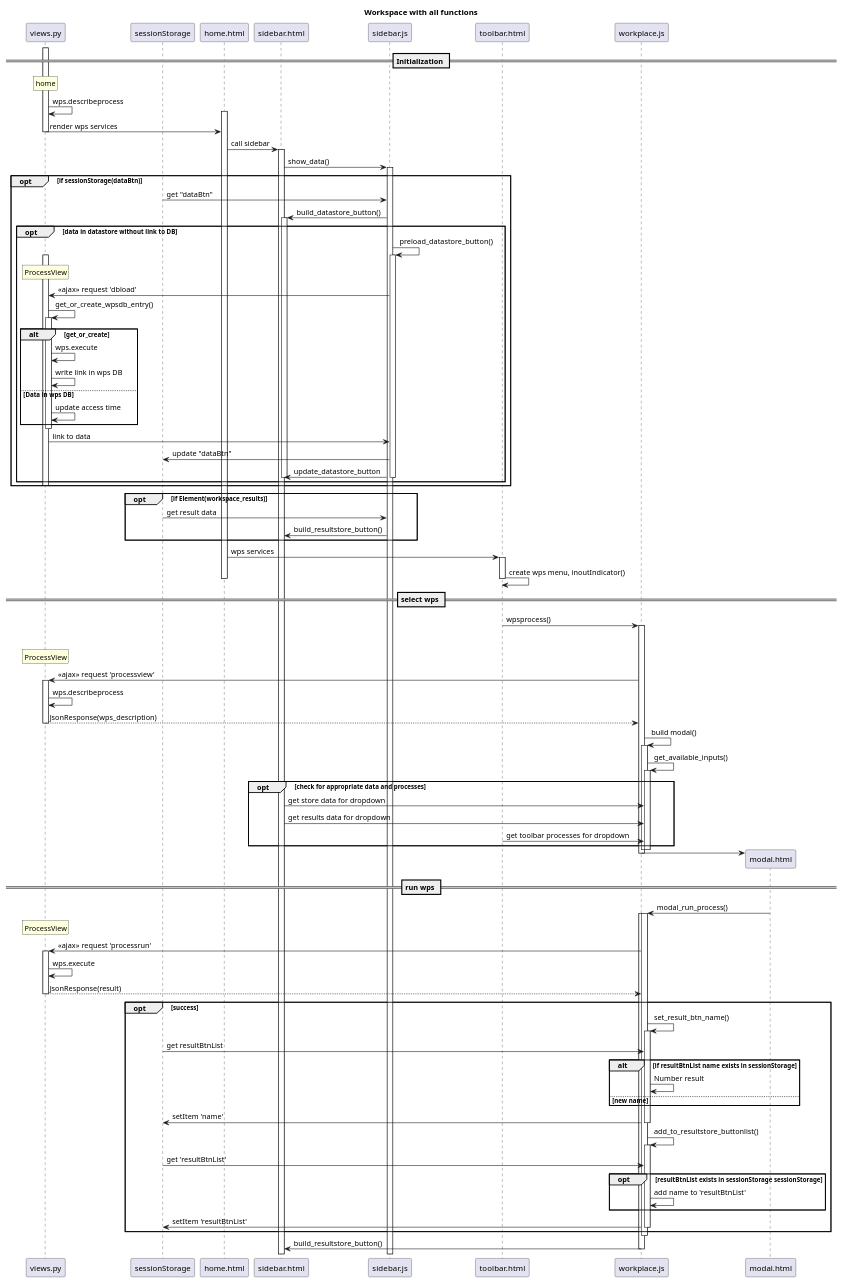
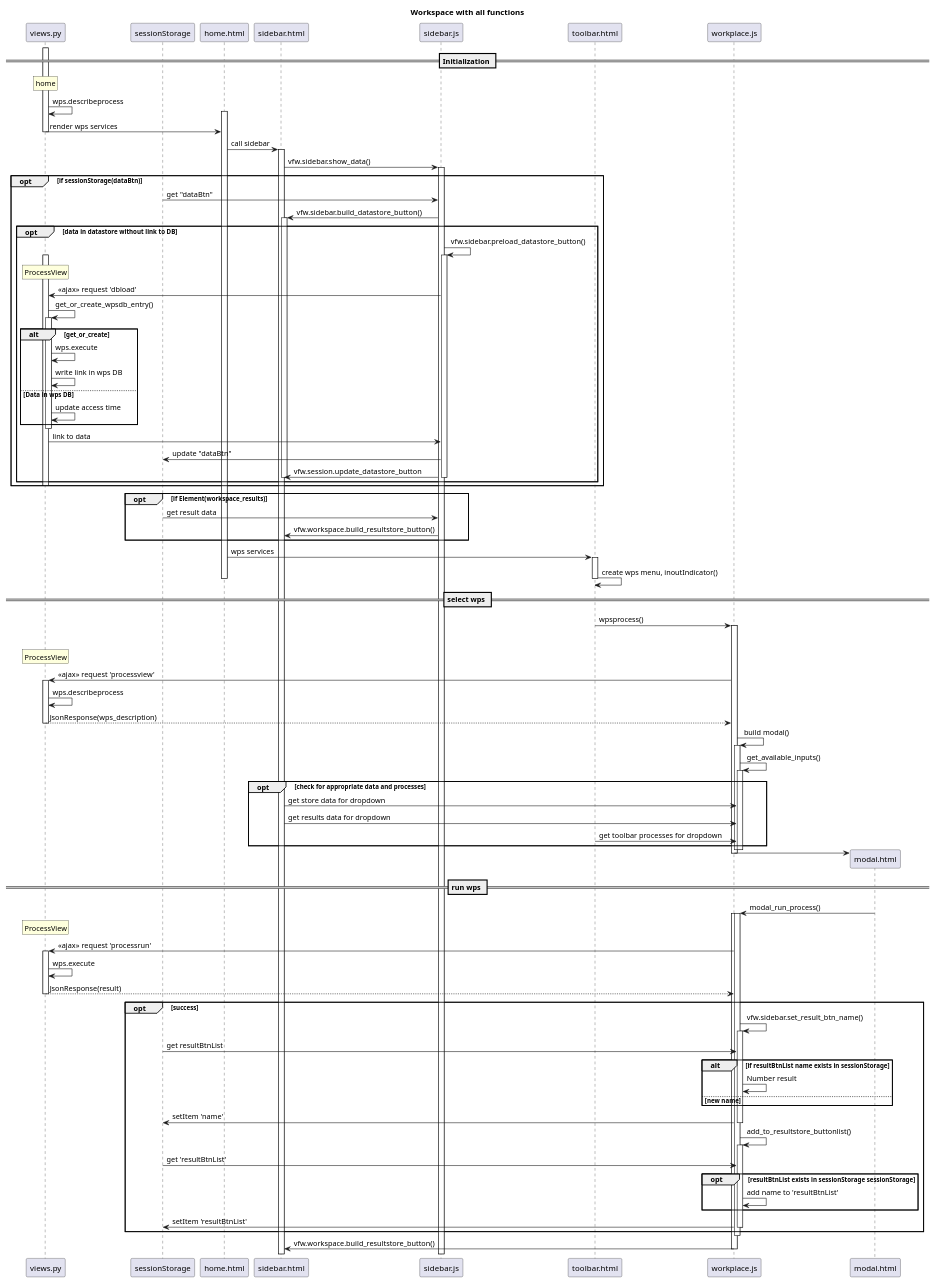
The second of 2 diagrams in Seq_Workspace.puml (VForWaTer/vforwater-portal), drawn with PlantUML before and after one commit. The commit also changed other lines of this file and 16 other files, not shown here.

```diff
--- a/Seq_Workspace.puml
+++ b/Seq_Workspace.puml
@@ -71,104 +71,104 @@
 @startuml
 title Workspace with all functions
 
 'hide footbox
 
 participant views.py
 participant sessionStorage
 
 == Initialization ==
 participant home.html
 activate views.py
 rnote over views.py: home
 views.py -> views.py: wps.describeprocess
 activate home.html
 views.py -> home.html--: render wps services
 
 home.html -> sidebar.html: call sidebar
 activate sidebar.html
-sidebar.html -> sidebar.js ++: show_data()
+sidebar.html -> sidebar.js ++: vfw.sidebar.show_data()
 opt if sessionStorage(dataBtn)
     sessionStorage -> sidebar.js: get "dataBtn"
-    sidebar.js -> sidebar.html ++: build_datastore_button()
+    sidebar.js -> sidebar.html ++: vfw.sidebar.build_datastore_button()
     opt data in datastore without link to DB
-        sidebar.js -> sidebar.js ++: preload_datastore_button()
+        sidebar.js -> sidebar.js ++: vfw.sidebar.preload_datastore_button()
         rnote over views.py: ProcessView
         activate views.py
         sidebar.js -> views.py: <<ajax>> request 'dbload'
         views.py -> views.py ++: get_or_create_wpsdb_entry()
         alt get_or_create
 '           views.py -> sidebar.js --: link to data
             views.py -> views.py: wps.execute
             views.py -> views.py: write link in wps DB
         else Data in wps DB
             views.py -> views.py: update access time
         end
         deactivate views.py
         views.py -> sidebar.js: link to data
             sidebar.js -> sessionStorage: update "dataBtn"
-            sidebar.js -> sidebar.html: update_datastore_button
+            sidebar.js -> sidebar.html: vfw.session.update_datastore_button
             deactivate sidebar.html
             deactivate sidebar.js
     end
 deactivate views.py
 end
 opt if Element(workspace_results)
     sessionStorage -> sidebar.js: get result data
-    sidebar.js -> sidebar.html: build_resultstore_button()
+    sidebar.js -> sidebar.html: vfw.workspace.build_resultstore_button()
 end
 'sidebar.js -> sidebar.html : create datastore
 
 home.html -> toolbar.html ++: wps services
 toolbar.html -> toolbar.html: create wps menu, inoutIndicator()
 deactivate home.html
 deactivate toolbar.html
 
 == select wps ==
 toolbar.html -> workplace.js ++: wpsprocess()
 deactivate toolbar.html
 rnote over views.py: ProcessView
 workplace.js -> views.py ++: <<ajax>> request 'processview'
 views.py -> views.py: wps.describeprocess
 return JsonResponse(wps_description)
 workplace.js -> workplace.js++: build modal()
 workplace.js -> workplace.js++: get_available_inputs()
 
 opt check for appropriate data and processes
     sidebar.html -> workplace.js: get store data for dropdown
     sidebar.html -> workplace.js: get results data for dropdown
     toolbar.html -> workplace.js: get toolbar processes for dropdown
 end
 
 deactivate workplace.js
 deactivate workplace.js
 workplace.js -> modal.html **
 deactivate workplace.js
 
 == run wps ==
 modal.html -> workplace.js ++: modal_run_process()
 rnote over views.py: ProcessView
 activate workplace.js
 workplace.js -> views.py ++: <<ajax>> request 'processrun'
 views.py -> views.py: wps.execute
 return JsonResponse(result)
 opt success
-    workplace.js -> workplace.js ++: set_result_btn_name()
+    workplace.js -> workplace.js ++: vfw.sidebar.set_result_btn_name()
     sessionStorage -> workplace.js: get resultBtnList
     alt if resultBtnList name exists in sessionStorage
         workplace.js -> workplace.js: Number result
         else new name
     end
         workplace.js -> sessionStorage: setItem 'name'
 deactivate workplace.js
     workplace.js -> workplace.js ++: add_to_resultstore_buttonlist()
     sessionStorage -> workplace.js: get 'resultBtnList'
     opt resultBtnList exists in sessionStorage sessionStorage
         workplace.js -> workplace.js: add name to 'resultBtnList'
     end
         workplace.js -> sessionStorage: setItem 'resultBtnList'
 deactivate workplace.js
 end
 deactivate workplace.js
-workplace.js -> sidebar.html: build_resultstore_button()
+workplace.js -> sidebar.html: vfw.workspace.build_resultstore_button()
 deactivate workplace.js
 @enduml
```
